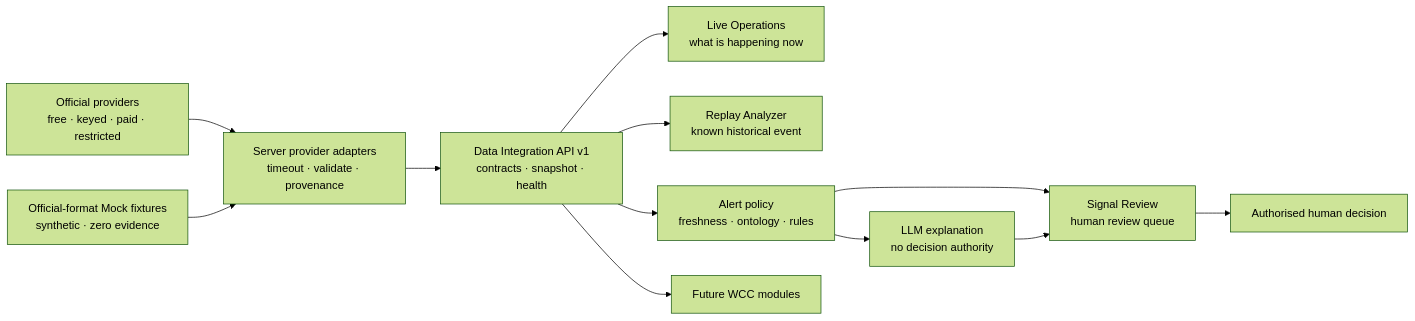
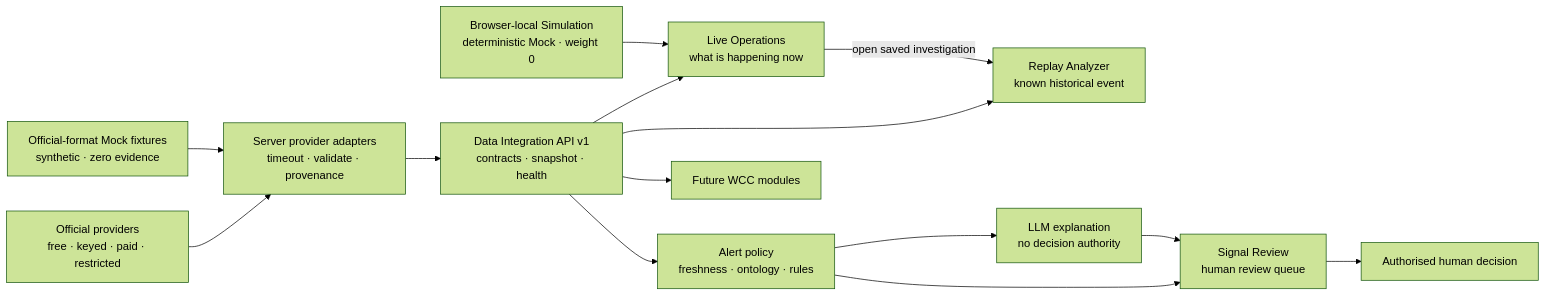
Before and after one commit to Asun28/poneke-movement-watch: the diagram in README.md, drawn with Mermaid (forest theme). The commit also changed other lines of this file and 50 other files, not shown here.

````diff
--- a/README.md
+++ b/README.md
@@ -104,14 +123,16 @@
 ```mermaid
 flowchart LR
     A["Official providers<br/>free · keyed · paid · restricted"] --> B["Server provider adapters<br/>timeout · validate · provenance"]
     M["Official-format Mock fixtures<br/>synthetic · zero evidence"] --> B
     B --> C["Data Integration API v1<br/>contracts · snapshot · health"]
     C --> D["Live Operations<br/>what is happening now"]
     C --> E["Replay Analyzer<br/>known historical event"]
+    S["Browser-local Simulation<br/>deterministic Mock · weight 0"] --> D
+    D -->|"open saved investigation"| E
     C --> F["Alert policy<br/>freshness · ontology · rules"]
     C --> G["Future WCC modules"]
     F --> H["LLM explanation<br/>no decision authority"]
     F --> I["Signal Review<br/>human review queue"]
     H --> I
     I --> J["Authorised human decision"]
 ```
````
